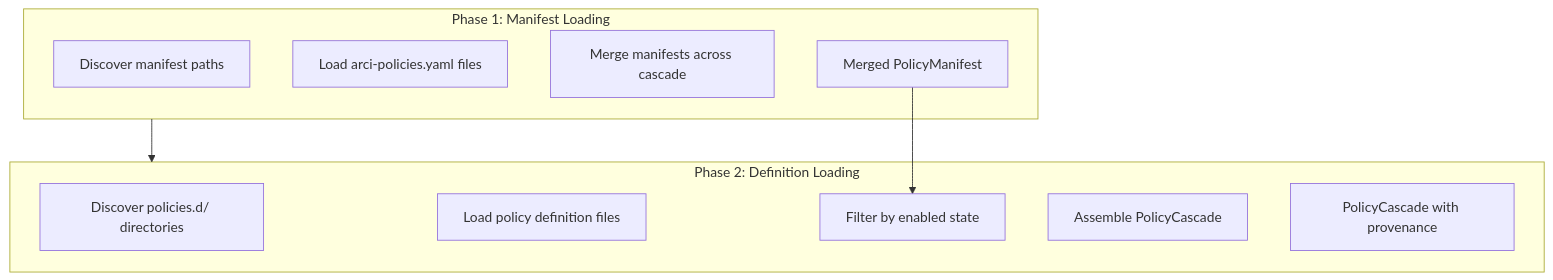
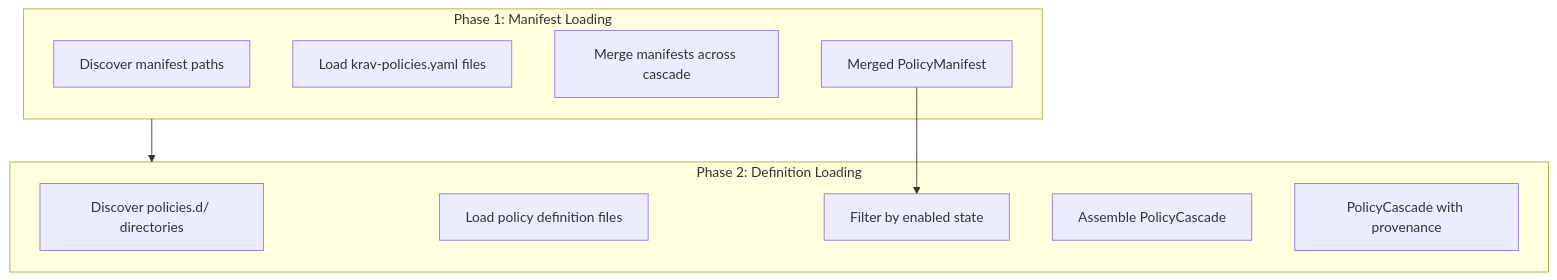
One commit to krav-sh/krav changed the diagram in docs/design/hooks/policy-loading.md. Above: the diagram before and after it, drawn with Mermaid. The commit also changed other lines of this file and 111 other files, not shown here.

````diff
--- a/docs/design/hooks/policy-loading.md
+++ b/docs/design/hooks/policy-loading.md
@@ -19,20 +19,20 @@
 ```mermaid
 flowchart TB
     subgraph phase1["Phase 1: Manifest Loading"]
         discover1["Discover manifest paths"]
-        load1["Load arci-policies.yaml files"]
+        load1["Load krav-policies.yaml files"]
         merge1["Merge manifests across cascade"]
         result1["Merged PolicyManifest"]
     end
 
     subgraph phase2["Phase 2: Definition Loading"]
         discover2["Discover policies.d/ directories"]
         load2["Load policy definition files"]
         filter["Filter by enabled state"]
         assemble["Assemble PolicyCascade"]
         result2["PolicyCascade with provenance"]
     end
 
     phase1 --> phase2
     result1 --> filter
 ```
````
